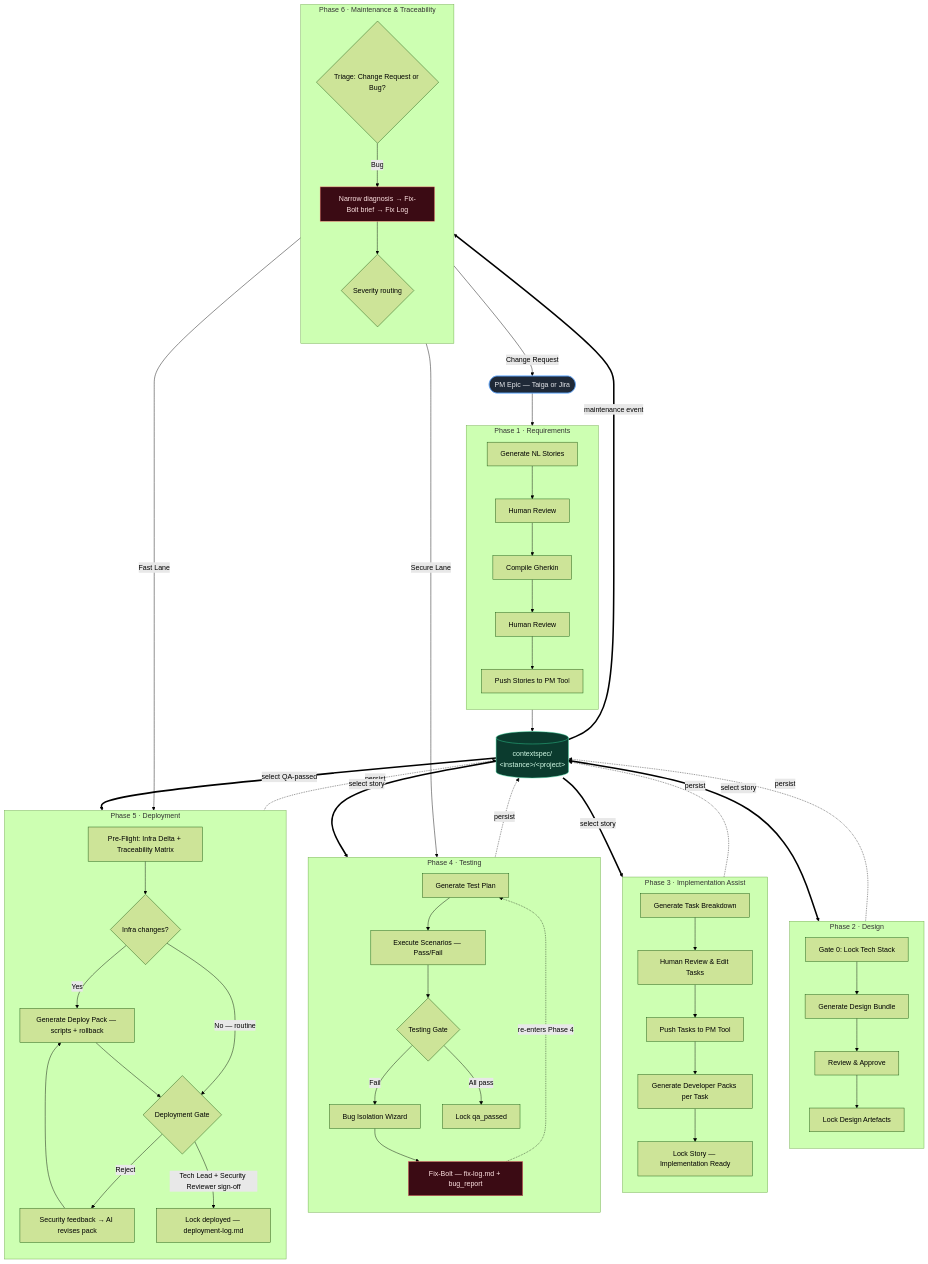
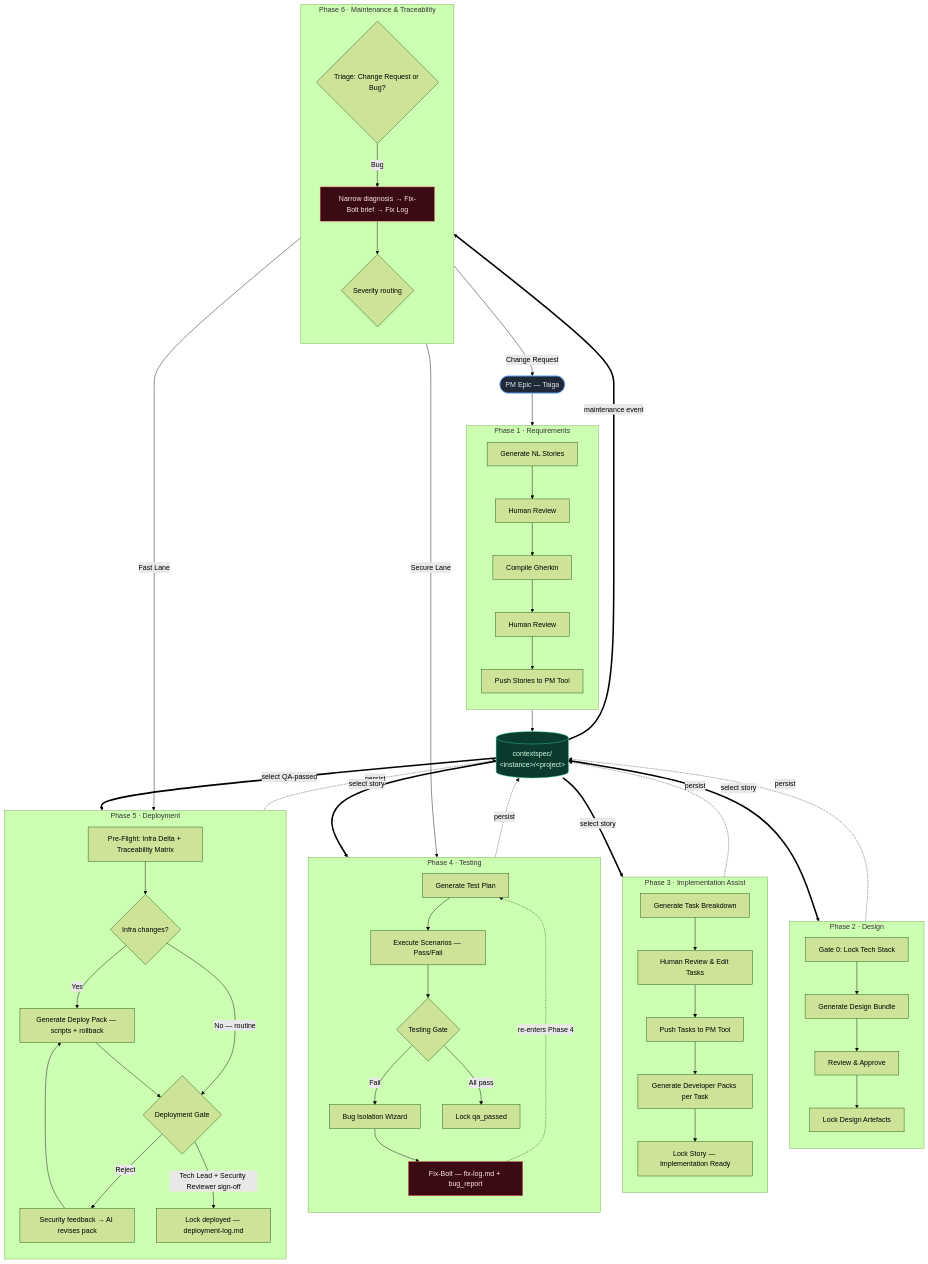
Before and after one commit to thomastabs/apex: the diagram in README.md, drawn with Mermaid (forest theme). The commit also changed other lines of this file and 57 other files, not shown here.

First line of the commit message:
refactor: remove Jira PM-tool support, Taiga is now the only backend

````diff
--- a/README.md
+++ b/README.md
@@ -67,81 +67,81 @@
 ```mermaid
 flowchart TD
-    A([PM Epic — Taiga or Jira]):::ext
+    A([PM Epic — Taiga]):::ext
 
     %% ---- The shared, versioned spec store every phase reads from / writes to ----
     G[("contextspec/<br/>&lt;instance&gt;/&lt;project&gt;")]:::store
 
     subgraph P1["Phase 1 · Requirements"]
         direction TB
         B[Generate NL Stories] --> C[Human Review]
         C --> D[Compile Gherkin] --> E[Human Review]
         E --> F[Push Stories to PM Tool]
     end
 
     subgraph P2["Phase 2 · Design"]
         direction TB
         H[Gate 0: Lock Tech Stack] --> I[Generate Design Bundle]
         I --> K[Review &amp; Approve] --> L[Lock Design Artefacts]
     end
 
     subgraph P3["Phase 3 · Implementation Assist"]
         direction TB
         N[Generate Task Breakdown] --> O[Human Review &amp; Edit Tasks]
         O --> P[Push Tasks to PM Tool] --> Q[Generate Developer Packs per Task]
         Q --> R[Lock Story — Implementation Ready]
     end
 
     subgraph P4["Phase 4 · Testing"]
         direction TB
         T[Generate Test Plan] --> U[Execute Scenarios — Pass/Fail]
         U --> V{Testing Gate}
         V -->|Fail| X[Bug Isolation Wizard]
         X --> Y[Fix-Bolt — fix-log.md + bug_report]:::fix
         V -->|All pass| W[Lock qa_passed]
     end
 
     subgraph P5["Phase 5 · Deployment"]
         direction TB
         AA[Pre-Flight: Infra Delta + Traceability Matrix] --> AB{Infra changes?}
         AB -->|Yes| AC[Generate Deploy Pack — scripts + rollback]
         AB -->|No — routine| AD{Deployment Gate}
         AC --> AD
         AD -->|Reject| AF[Security feedback → AI revises pack]
         AF --> AC
         AD -->|Tech Lead + Security Reviewer sign-off| AE[Lock deployed — deployment-log.md]
     end
 
     subgraph P6["Phase 6 · Maintenance &amp; Traceability"]
         direction TB
         AH{Triage: Change Request or Bug?}
         AH -->|Bug| AJ[Narrow diagnosis → Fix-Bolt brief → Fix Log]:::fix
         AJ --> AK{Severity routing}
     end
 
     %% ---- Entry into the pipeline ----
     A --> B
     F --> G
 
     %% ---- Each phase is entered by selecting work off the board (reads store) ----
     G ==>|select story| H
     G ==>|select story| N
     G ==>|select story| T
     G ==>|select QA-passed| AA
     G ==>|maintenance event| AH
 
     %% ---- Each phase locks its result back into the store ----
     L -.->|persist| G
     R -.->|persist| G
     W -.->|persist| G
     AE -.->|persist| G
 
     %% ---- Cross-phase routing ----
     Y -.->|re-enters Phase 4| T
     AK -->|Fast Lane| AE
     AK -->|Secure Lane| T
     AH -->|Change Request| A
 
     classDef ext fill:#1f2937,stroke:#60a5fa,color:#e5e7eb;
     classDef store fill:#0b3b2e,stroke:#34d399,color:#d1fae5;
     classDef fix fill:#3b0b14,stroke:#f87171,color:#fee2e2;
 ```
````
